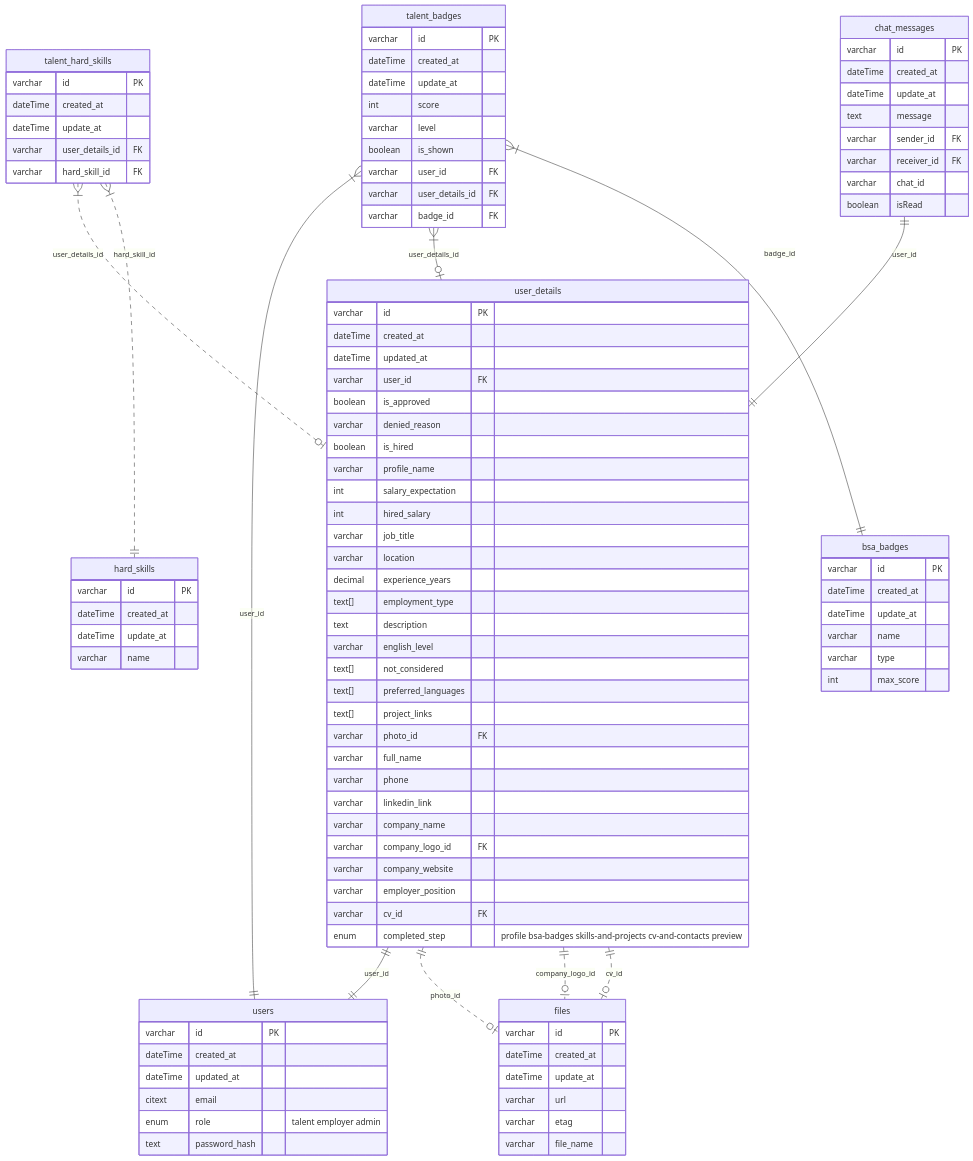
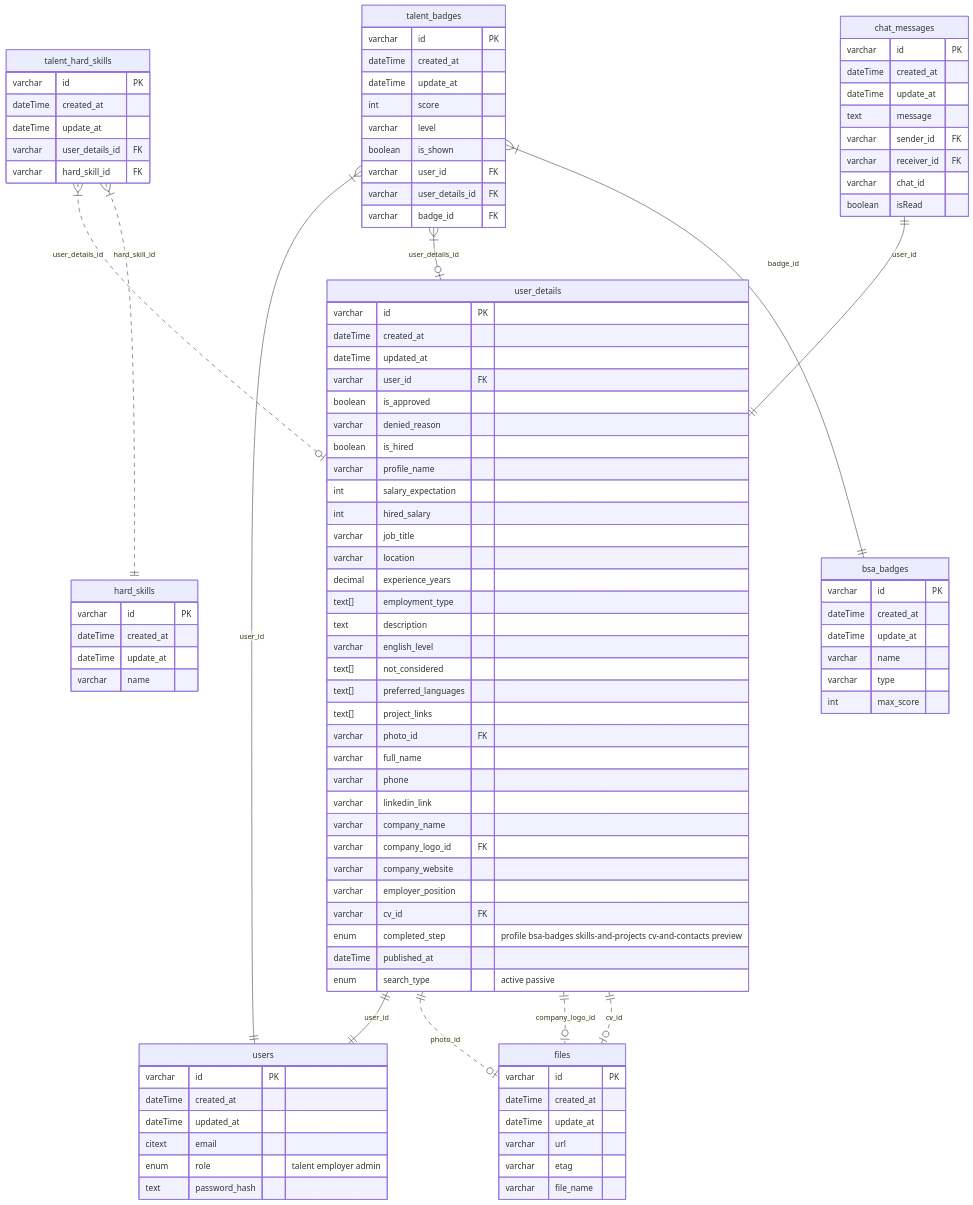
Before and after one commit to BinaryStudioAcademy/bsa-2023-bsa-talents: the diagram in README.md, drawn with Mermaid. The commit also changed 6 other files, not shown here.

Commit message:
bt-690: + add SearchType enum and search_type column to DB

```diff
--- a/README.md
+++ b/README.md
@@ -77,6 +77,8 @@
       varchar employer_position
       varchar cv_id FK
       enum completed_step "profile bsa-badges skills-and-projects cv-and-contacts preview"
+      dateTime published_at
+      enum search_type "active passive"
    }
 
   files {
```
